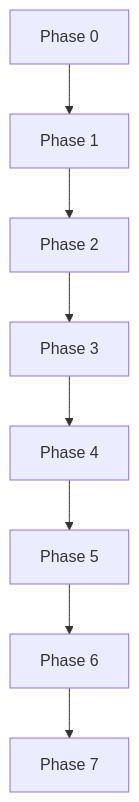
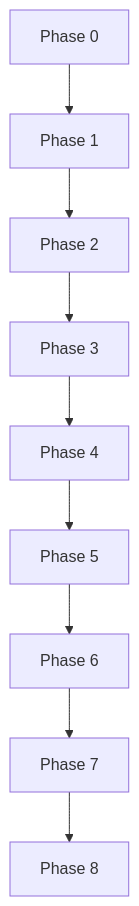
One commit to jedikim/web-testing changed the diagram in doc/CODEX-IMPLEMENTATION-PLAN.en.md. Above: the diagram before and after it, drawn with Mermaid. The commit also changed other lines of this file and 28 other files, not shown here.

````diff
--- a/doc/CODEX-IMPLEMENTATION-PLAN.en.md
+++ b/doc/CODEX-IMPLEMENTATION-PLAN.en.md
@@ -107,10 +122,11 @@
 ```mermaid
 flowchart TD
     P0[Phase 0] --> P1[Phase 1]
     P1 --> P2[Phase 2]
     P2 --> P3[Phase 3]
     P3 --> P4[Phase 4]
     P4 --> P5[Phase 5]
     P5 --> P6[Phase 6]
     P6 --> P7[Phase 7]
+    P7 --> P8[Phase 8]
 ```
````
